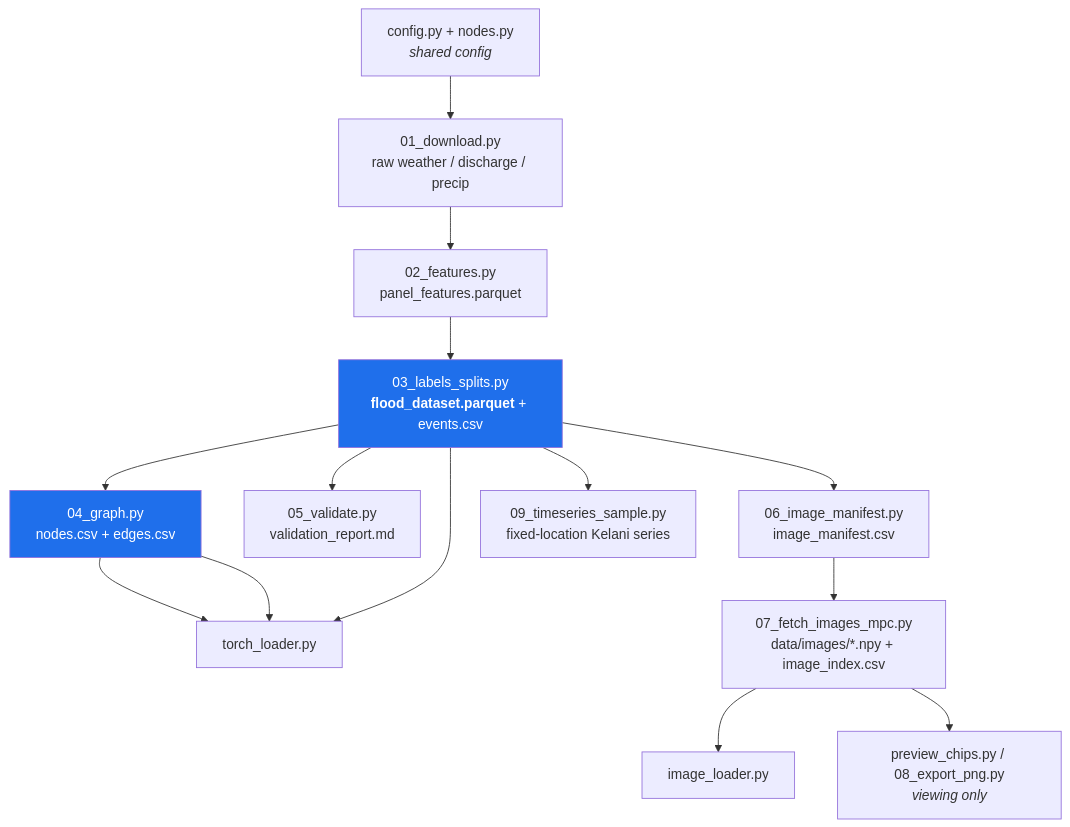
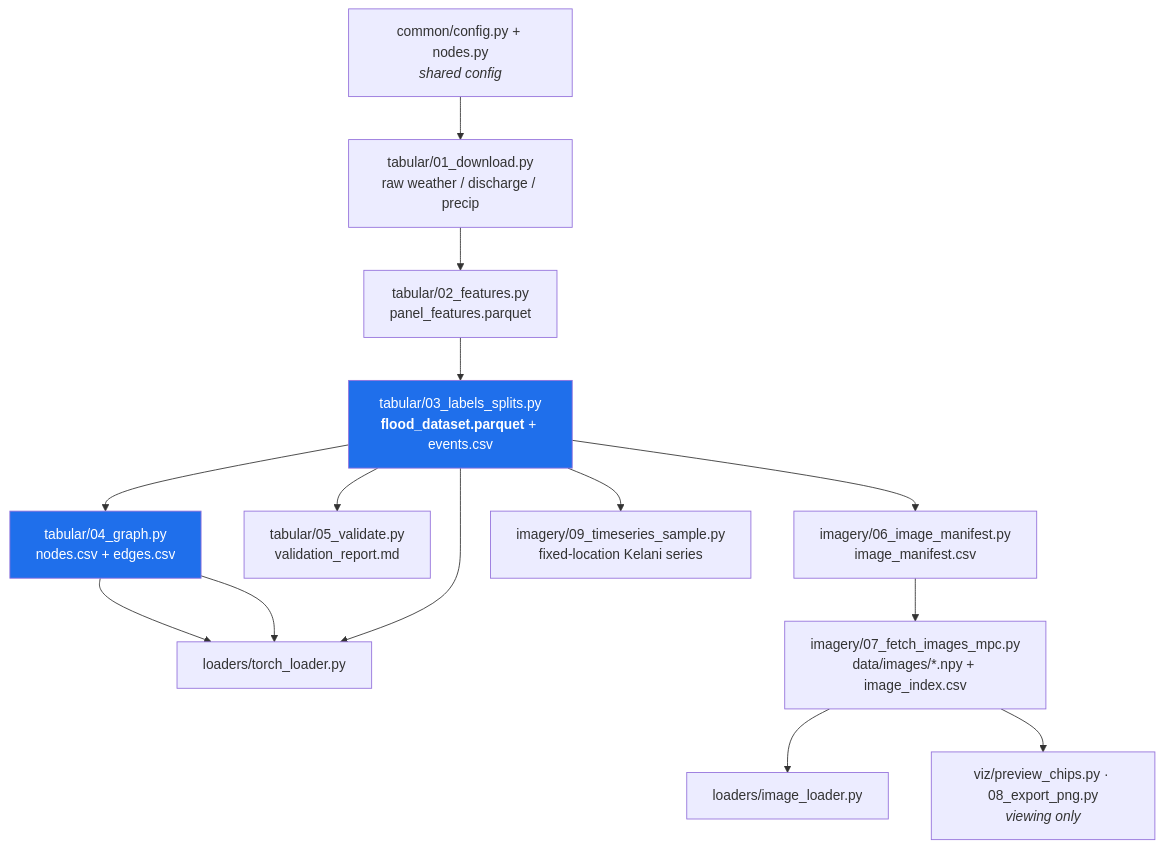
One commit to heshannethmina/Srilanka-Flood-Data-Set-Creation changed the diagram in scripts/README.md. Above: the diagram before and after it, drawn with Mermaid. The commit also changed other lines of this file and 20 other files, not shown here.

````diff
--- a/scripts/README.md
+++ b/scripts/README.md
@@ -39,18 +69,18 @@
 ```mermaid
 flowchart TD
-    cfg[config.py + nodes.py<br/><i>shared config</i>] --> s1
-    s1[01_download.py<br/>raw weather / discharge / precip] --> s2
-    s2[02_features.py<br/>panel_features.parquet] --> s3
-    s3[03_labels_splits.py<br/><b>flood_dataset.parquet</b> + events.csv] --> s4
-    s3 --> s5[05_validate.py<br/>validation_report.md]
-    s4[04_graph.py<br/>nodes.csv + edges.csv] --> tl
-    s3 --> s6[06_image_manifest.py<br/>image_manifest.csv]
-    s6 --> s7[07_fetch_images_mpc.py<br/>data/images/*.npy + image_index.csv]
-    s7 --> il[image_loader.py]
-    s7 --> pv[preview_chips.py / 08_export_png.py<br/><i>viewing only</i>]
-    s4 --> tl[torch_loader.py]
+    cfg[common/config.py + nodes.py<br/><i>shared config</i>] --> s1
+    s1[tabular/01_download.py<br/>raw weather / discharge / precip] --> s2
+    s2[tabular/02_features.py<br/>panel_features.parquet] --> s3
+    s3[tabular/03_labels_splits.py<br/><b>flood_dataset.parquet</b> + events.csv] --> s4
+    s3 --> s5[tabular/05_validate.py<br/>validation_report.md]
+    s4[tabular/04_graph.py<br/>nodes.csv + edges.csv] --> tl
+    s3 --> s6[imagery/06_image_manifest.py<br/>image_manifest.csv]
+    s6 --> s7[imagery/07_fetch_images_mpc.py<br/>data/images/*.npy + image_index.csv]
+    s7 --> il[loaders/image_loader.py]
+    s7 --> pv[viz/preview_chips.py · 08_export_png.py<br/><i>viewing only</i>]
+    s4 --> tl[loaders/torch_loader.py]
     s3 --> tl
-    s3 --> s9[09_timeseries_sample.py<br/>fixed-location Kelani series]
+    s3 --> s9[imagery/09_timeseries_sample.py<br/>fixed-location Kelani series]
     style s3 fill:#1f6feb,color:#fff
     style s4 fill:#1f6feb,color:#fff
 ```
````
